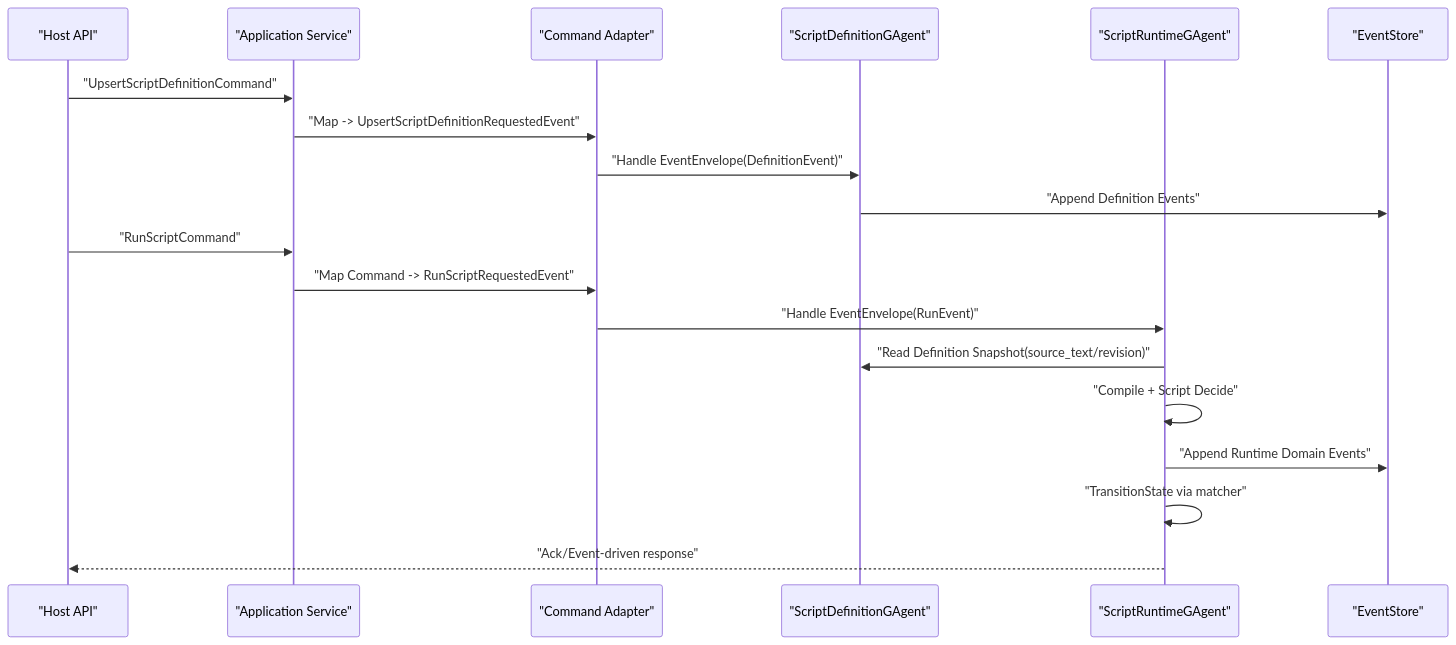
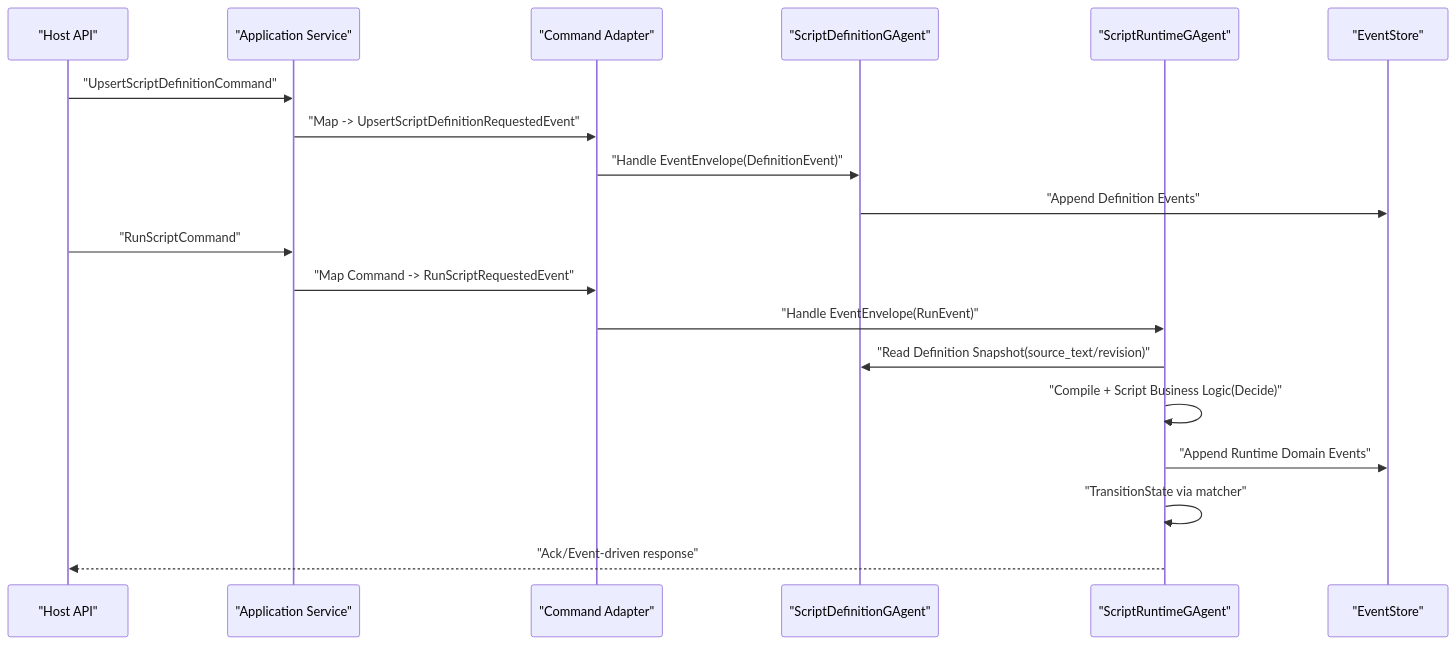
Before and after one commit to aevatarAI/aevatar: the second of 2 diagrams in docs/architecture/csharp-script-gagent-detailed-architecture.md, drawn with Mermaid. The commit also changed other lines of this file and 31 other files, not shown here.

First line of the commit message:
Refactor C# Script GAgent architecture to enhance script execution and state management

````diff
--- a/docs/architecture/csharp-script-gagent-detailed-architecture.md
+++ b/docs/architecture/csharp-script-gagent-detailed-architecture.md
@@ -123,23 +123,23 @@
 ```mermaid
 %%{init: {"maxTextSize": 100000, "sequence": {"useMaxWidth": false, "actorMargin": 20, "messageMargin": 15, "diagramMarginX": 20, "diagramMarginY": 10}, "themeVariables": {"fontSize": "10px"}}}%%
 sequenceDiagram
     participant API as "Host API"
     participant APP as "Application Service"
     participant ADA as "Command Adapter"
     participant DEF as "ScriptDefinitionGAgent"
     participant RUN as "ScriptRuntimeGAgent"
     participant ES as "EventStore"
 
     API->>APP: "UpsertScriptDefinitionCommand"
     APP->>ADA: "Map -> UpsertScriptDefinitionRequestedEvent"
     ADA->>DEF: "Handle EventEnvelope(DefinitionEvent)"
     DEF->>ES: "Append Definition Events"
     API->>APP: "RunScriptCommand"
     APP->>ADA: "Map Command -> RunScriptRequestedEvent"
     ADA->>RUN: "Handle EventEnvelope(RunEvent)"
     RUN->>DEF: "Read Definition Snapshot(source_text/revision)"
-    RUN->>RUN: "Compile + Script Decide"
+    RUN->>RUN: "Compile + Script Business Logic(Decide)"
     RUN->>ES: "Append Runtime Domain Events"
     RUN->>RUN: "TransitionState via matcher"
     RUN-->>API: "Ack/Event-driven response"
 ```
````
